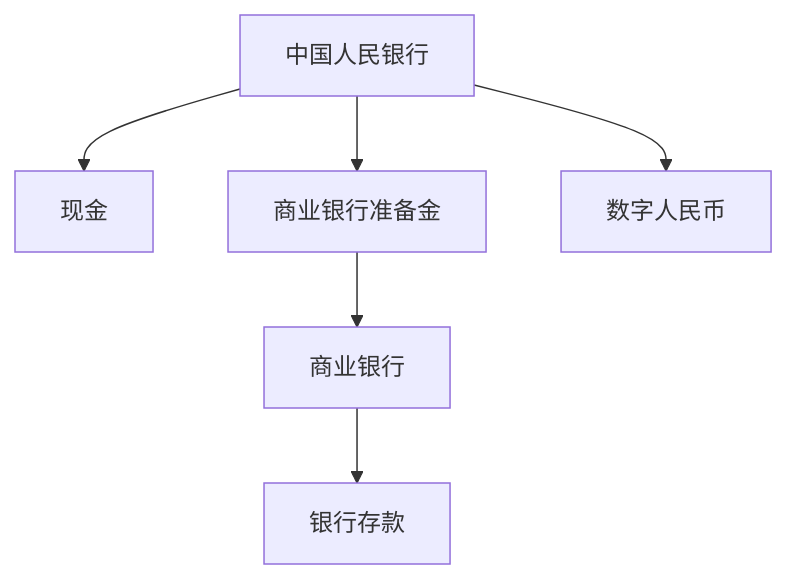
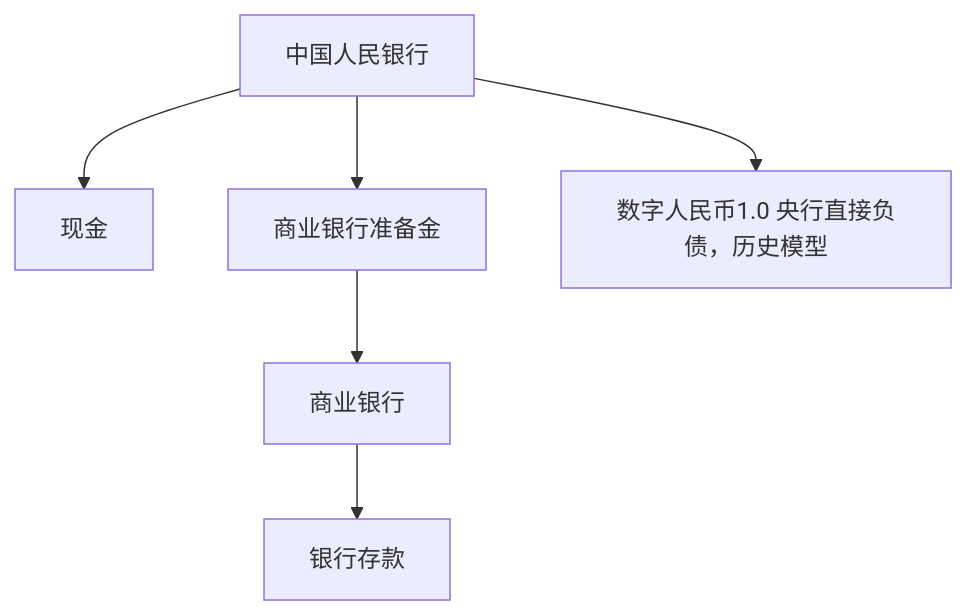
The eighth of 8 diagrams in week-01-money-and-banking/day-04-central-bank.md (lingyi9909/digital-rmb-study), drawn with Mermaid before and after one commit. The commit also changed other lines of this file, not shown here.

````diff
--- a/week-01-money-and-banking/day-04-central-bank.md
+++ b/week-01-money-and-banking/day-04-central-bank.md
@@ -499,10 +502,10 @@
 ```mermaid
 flowchart TD
     CB[中国人民银行]
     CB --> CASH[现金]
     CB --> RES[商业银行准备金]
-    CB --> ECNY[数字人民币]
+    CB --> ECNY[数字人民币1.0 央行直接负债，历史模型]
 
     RES --> BANK[商业银行]
     BANK --> DEP[银行存款]
 ```
````
